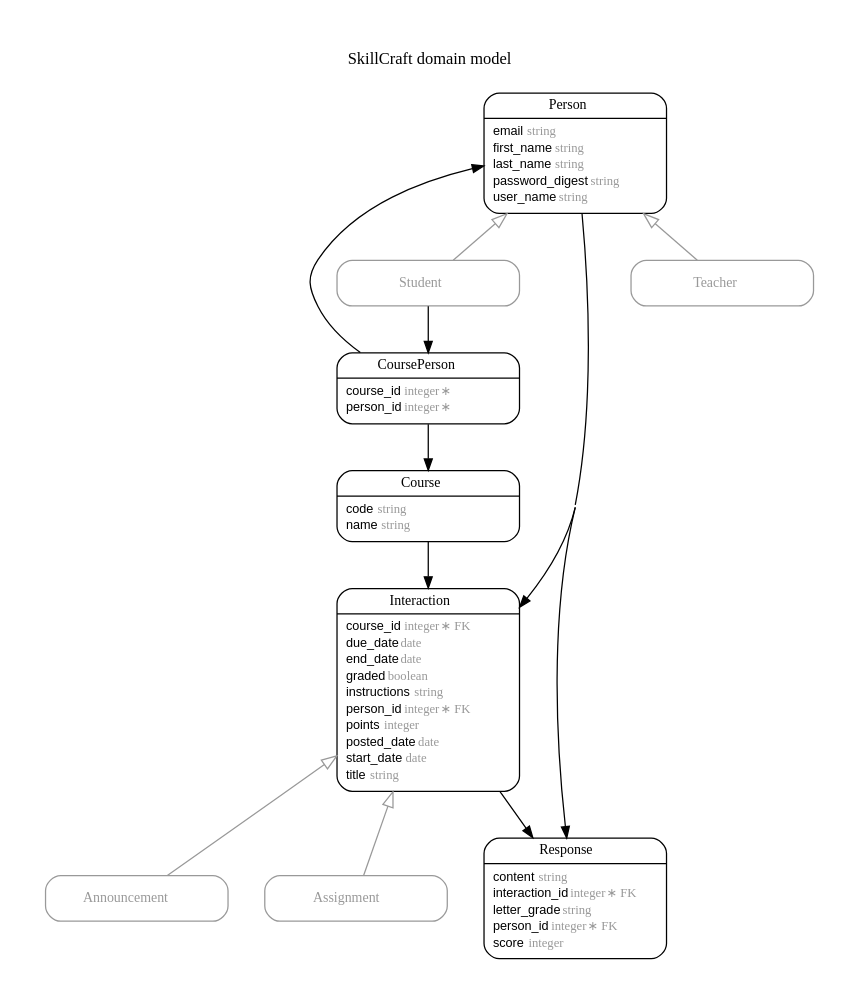
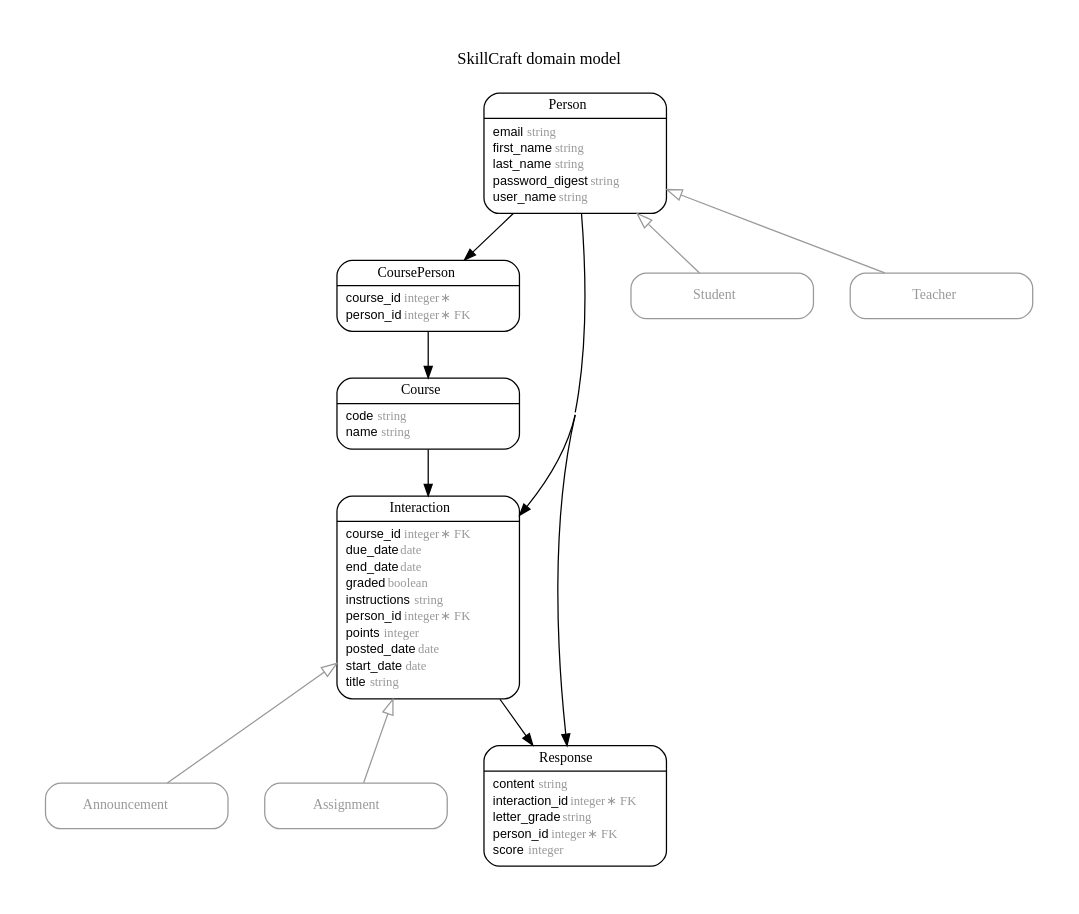
Before and after one commit to FergusDevelopmentLLC/skillcraft: the diagram in erd.dot, drawn with Graphviz. The commit also changed 6 other files, not shown here.

```diff
--- a/erd.dot
+++ b/erd.dot
@@ -1,102 +1,101 @@
 digraph SkillCraft {
 rankdir = "LR";
 ranksep = "0.5";
 nodesep = "0.4";
 pad = "0.4,0.4";
 margin = "0,0";
 concentrate = "true";
 labelloc = "t";
 fontsize = "13";
 fontname = "Arial Bold";
 splines = "spline";
 node[ shape  =  "Mrecord" , fontsize  =  "10" , fontname  =  "Arial" , margin  =  "0.07,0.05" , penwidth  =  "1.0"];
 edge[ fontname  =  "Arial" , fontsize  =  "7" , dir  =  "both" , arrowsize  =  "0.9" , penwidth  =  "1.0" , labelangle  =  "32" , labeldistance  =  "1.8"];
 rankdir = "TB";
 label = "SkillCraft domain model\n\n";
 m_Announcement [color = "grey60", fontcolor = "grey60", label = <{<table border="0" align="center" cellspacing="0.5" cellpadding="0" width="134">
   <tr><td align="center" valign="bottom" width="130"><font face="Arial Bold" point-size="11">Announcement</font></td></tr>
 </table>
 }>];
 m_Assignment [color = "grey60", fontcolor = "grey60", label = <{<table border="0" align="center" cellspacing="0.5" cellpadding="0" width="134">
   <tr><td align="center" valign="bottom" width="130"><font face="Arial Bold" point-size="11">Assignment</font></td></tr>
 </table>
 }>];
 m_Course [label = <{<table border="0" align="center" cellspacing="0.5" cellpadding="0" width="134">
   <tr><td align="center" valign="bottom" width="130"><font face="Arial Bold" point-size="11">Course</font></td></tr>
 </table>
 |
 <table border="0" align="left" cellspacing="2" cellpadding="0" width="134">
   <tr><td align="left" width="130" port="code">code <font face="Arial Italic" color="grey60">string</font></td></tr>
   <tr><td align="left" width="130" port="name">name <font face="Arial Italic" color="grey60">string</font></td></tr>
 </table>
 }>];
 m_CoursePerson [label = <{<table border="0" align="center" cellspacing="0.5" cellpadding="0" width="134">
   <tr><td align="center" valign="bottom" width="130"><font face="Arial Bold" point-size="11">CoursePerson</font></td></tr>
 </table>
 |
 <table border="0" align="left" cellspacing="2" cellpadding="0" width="134">
   <tr><td align="left" width="130" port="course_id">course_id <font face="Arial Italic" color="grey60">integer ∗</font></td></tr>
-  <tr><td align="left" width="130" port="person_id">person_id <font face="Arial Italic" color="grey60">integer ∗</font></td></tr>
+  <tr><td align="left" width="130" port="person_id">person_id <font face="Arial Italic" color="grey60">integer ∗ FK</font></td></tr>
 </table>
 }>];
 m_Interaction [label = <{<table border="0" align="center" cellspacing="0.5" cellpadding="0" width="134">
   <tr><td align="center" valign="bottom" width="130"><font face="Arial Bold" point-size="11">Interaction</font></td></tr>
 </table>
 |
 <table border="0" align="left" cellspacing="2" cellpadding="0" width="134">
   <tr><td align="left" width="130" port="course_id">course_id <font face="Arial Italic" color="grey60">integer ∗ FK</font></td></tr>
   <tr><td align="left" width="130" port="due_date">due_date <font face="Arial Italic" color="grey60">date</font></td></tr>
   <tr><td align="left" width="130" port="end_date">end_date <font face="Arial Italic" color="grey60">date</font></td></tr>
   <tr><td align="left" width="130" port="graded">graded <font face="Arial Italic" color="grey60">boolean</font></td></tr>
   <tr><td align="left" width="130" port="instructions">instructions <font face="Arial Italic" color="grey60">string</font></td></tr>
   <tr><td align="left" width="130" port="person_id">person_id <font face="Arial Italic" color="grey60">integer ∗ FK</font></td></tr>
   <tr><td align="left" width="130" port="points">points <font face="Arial Italic" color="grey60">integer</font></td></tr>
   <tr><td align="left" width="130" port="posted_date">posted_date <font face="Arial Italic" color="grey60">date</font></td></tr>
   <tr><td align="left" width="130" port="start_date">start_date <font face="Arial Italic" color="grey60">date</font></td></tr>
   <tr><td align="left" width="130" port="title">title <font face="Arial Italic" color="grey60">string</font></td></tr>
 </table>
 }>];
 m_Person [label = <{<table border="0" align="center" cellspacing="0.5" cellpadding="0" width="134">
   <tr><td align="center" valign="bottom" width="130"><font face="Arial Bold" point-size="11">Person</font></td></tr>
 </table>
 |
 <table border="0" align="left" cellspacing="2" cellpadding="0" width="134">
   <tr><td align="left" width="130" port="email">email <font face="Arial Italic" color="grey60">string</font></td></tr>
   <tr><td align="left" width="130" port="first_name">first_name <font face="Arial Italic" color="grey60">string</font></td></tr>
   <tr><td align="left" width="130" port="last_name">last_name <font face="Arial Italic" color="grey60">string</font></td></tr>
   <tr><td align="left" width="130" port="password_digest">password_digest <font face="Arial Italic" color="grey60">string</font></td></tr>
   <tr><td align="left" width="130" port="user_name">user_name <font face="Arial Italic" color="grey60">string</font></td></tr>
 </table>
 }>];
 m_Response [label = <{<table border="0" align="center" cellspacing="0.5" cellpadding="0" width="134">
   <tr><td align="center" valign="bottom" width="130"><font face="Arial Bold" point-size="11">Response</font></td></tr>
 </table>
 |
 <table border="0" align="left" cellspacing="2" cellpadding="0" width="134">
   <tr><td align="left" width="130" port="content">content <font face="Arial Italic" color="grey60">string</font></td></tr>
   <tr><td align="left" width="130" port="interaction_id">interaction_id <font face="Arial Italic" color="grey60">integer ∗ FK</font></td></tr>
   <tr><td align="left" width="130" port="letter_grade">letter_grade <font face="Arial Italic" color="grey60">string</font></td></tr>
   <tr><td align="left" width="130" port="person_id">person_id <font face="Arial Italic" color="grey60">integer ∗ FK</font></td></tr>
   <tr><td align="left" width="130" port="score">score <font face="Arial Italic" color="grey60">integer</font></td></tr>
 </table>
 }>];
 m_Student [color = "grey60", fontcolor = "grey60", label = <{<table border="0" align="center" cellspacing="0.5" cellpadding="0" width="134">
   <tr><td align="center" valign="bottom" width="130"><font face="Arial Bold" point-size="11">Student</font></td></tr>
 </table>
 }>];
 m_Teacher [color = "grey60", fontcolor = "grey60", label = <{<table border="0" align="center" cellspacing="0.5" cellpadding="0" width="134">
   <tr><td align="center" valign="bottom" width="130"><font face="Arial Bold" point-size="11">Teacher</font></td></tr>
 </table>
 }>];
   m_Interaction -> m_Announcement [color = "grey60", arrowtail = "onormal", arrowhead = "none", arrowsize = "1.2"];
   m_Interaction -> m_Assignment [color = "grey60", arrowtail = "onormal", arrowhead = "none", arrowsize = "1.2"];
   m_Person -> m_Student [color = "grey60", arrowtail = "onormal", arrowhead = "none", arrowsize = "1.2"];
   m_Person -> m_Teacher [color = "grey60", arrowtail = "onormal", arrowhead = "none", arrowsize = "1.2"];
   m_Person -> m_Interaction [arrowhead = "normal", arrowtail = "none", weight = "6"];
   m_Person -> m_Response [arrowhead = "normal", arrowtail = "none", weight = "4"];
-  m_Student -> m_CoursePerson [arrowhead = "normal", arrowtail = "none", weight = "1"];
+  m_Person -> m_CoursePerson [arrowhead = "normal", arrowtail = "none", weight = "4"];
   m_Course -> m_Interaction [arrowhead = "normal", arrowtail = "none", weight = "3"];
   m_Interaction -> m_Response [arrowhead = "normal", arrowtail = "none", weight = "4"];
-  m_CoursePerson -> m_Person [arrowhead = "normal", arrowtail = "none", weight = "1"];
   m_CoursePerson -> m_Course [arrowhead = "normal", arrowtail = "none", weight = "1"];
 }
```
